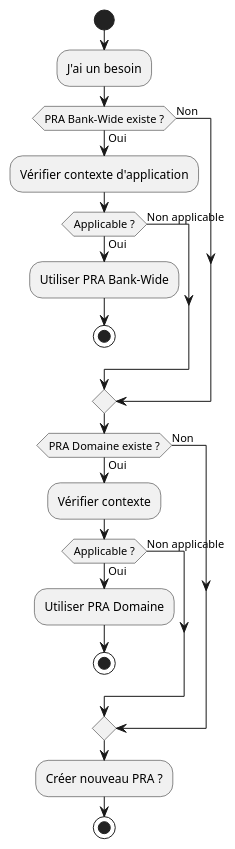
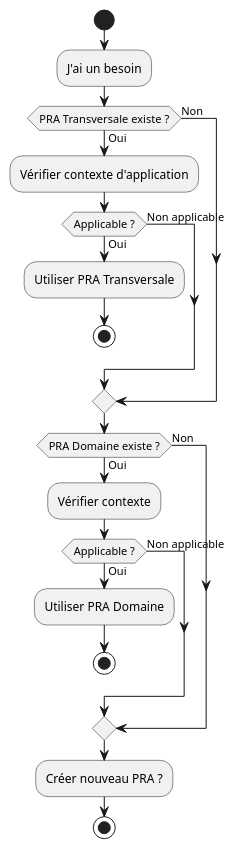
Before and after one commit to KiyaliHQ/proven-reusable-architecture: the sixth of 6 diagrams in content/guides/fr/understanding-pra.adoc, drawn with PlantUML. The commit also changed other lines of this file and 98 other files, not shown here.

```diff
--- a/content/guides/fr/understanding-pra.adoc
+++ b/content/guides/fr/understanding-pra.adoc
@@ -261,27 +261,27 @@
 [plantuml]
 ----
 @startuml
 start
 :J'ai un besoin;
-if (PRA Bank-Wide existe ?) then (Oui)
+if (PRA Transversale existe ?) then (Oui)
   :Vérifier contexte d'application;
   if (Applicable ?) then (Oui)
-    :Utiliser PRA Bank-Wide;
+    :Utiliser PRA Transversale;
     stop
   else (Non applicable)
   endif
 else (Non)
 endif
 if (PRA Domaine existe ?) then (Oui)
   :Vérifier contexte;
   if (Applicable ?) then (Oui)
     :Utiliser PRA Domaine;
     stop
   else (Non applicable)
   endif
 else (Non)
 endif
 :Créer nouveau PRA ?;
 stop
 @enduml
 ----
```
